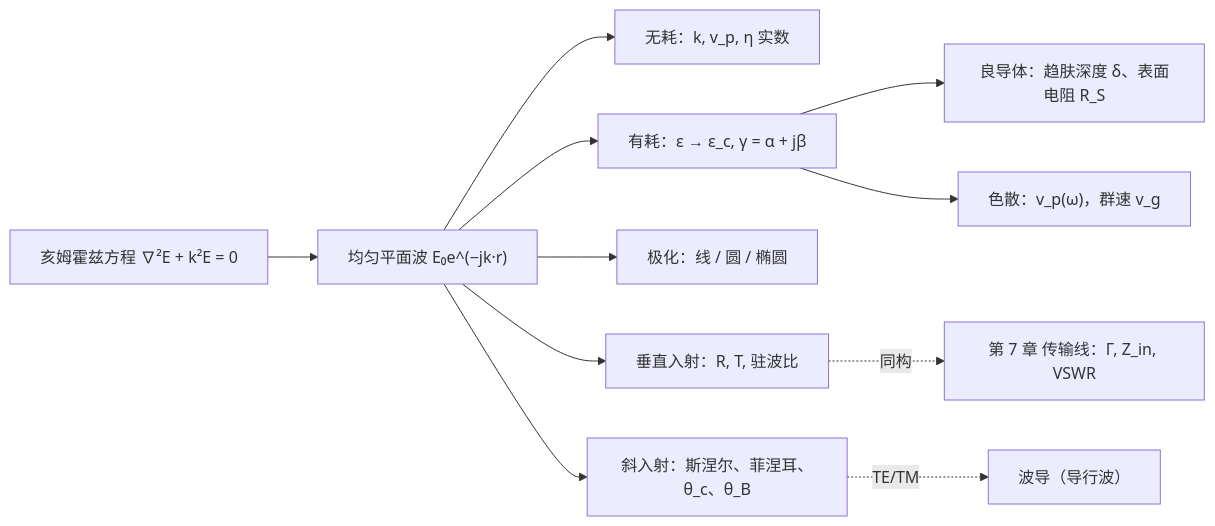
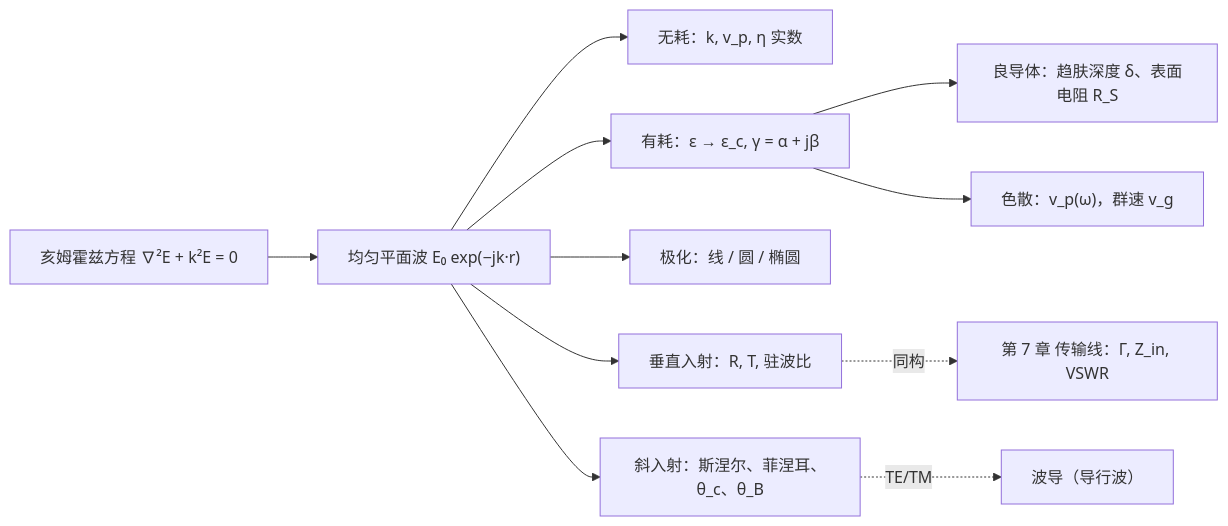
The diagram in docs/ch6.md (cockroach-f/em-fields-waves), drawn with Mermaid before and after one commit. The commit also changed 1 other file, not shown here.

Commit message:
归纳图里的指数改成 exp，避免 ^ 和花括号原样显示。

````diff
--- a/docs/ch6.md
+++ b/docs/ch6.md
@@ -457,13 +457,13 @@
 ```mermaid
 flowchart LR
-    H["亥姆霍兹方程 ∇²E + k²E = 0"] --> PW["均匀平面波 E₀e^(−jk·r)"]
+    H["亥姆霍兹方程 ∇²E + k²E = 0"] --> PW["均匀平面波 E₀ exp(−jk·r)"]
     PW --> L["无耗：k, v_p, η 实数"]
     PW --> C["有耗：ε → ε_c, γ = α + jβ"]
     C --> SK["良导体：趋肤深度 δ、表面电阻 R_S"]
     C --> DS["色散：v_p(ω)，群速 v_g"]
     PW --> POL["极化：线 / 圆 / 椭圆"]
     PW --> N["垂直入射：R, T, 驻波比"]
     PW --> O["斜入射：斯涅尔、菲涅耳、θ_c、θ_B"]
     N -.同构.-> TL["第 7 章 传输线：Γ, Z_in, VSWR"]
     O -.TE/TM.-> WG["波导（导行波）"]
 ```
````
